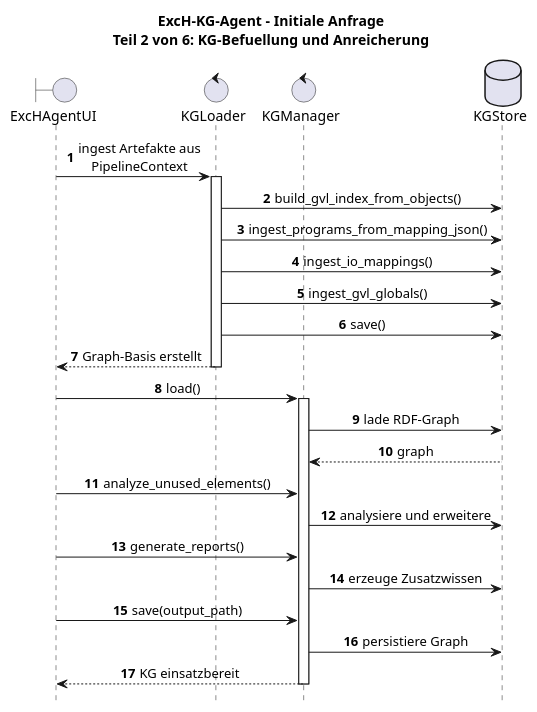
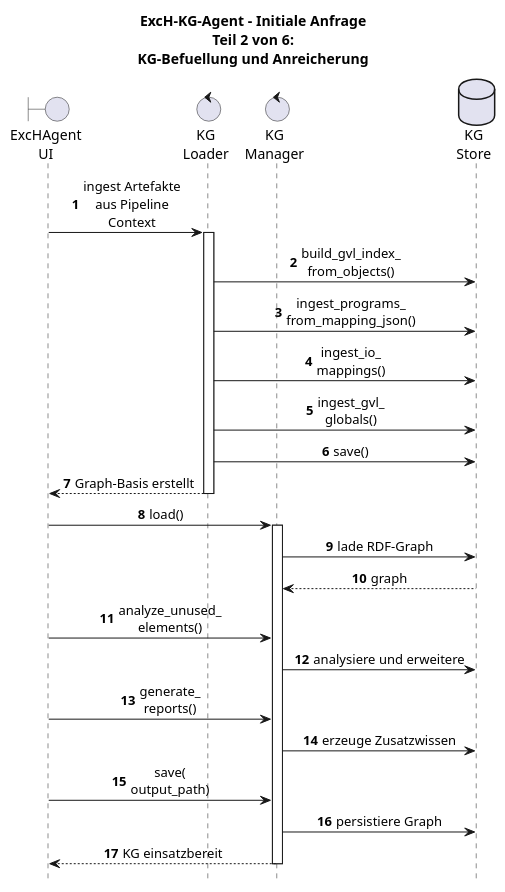
Before and after one commit to verkal1999/Agent_Test: the diagram in UML-Diagrams/ExcH-KG-Agent/Komponenten_ExcH-KG-Agent/06b_seq_kg_store.plantuml, drawn with PlantUML. The commit also changed 38 other files, not shown here.

Commit message:
UML-Diagramme svgs erneuert

```diff
--- a/UML-Diagrams/ExcH-KG-Agent/Komponenten_ExcH-KG-Agent/06b_seq_kg_store.plantuml
+++ b/UML-Diagrams/ExcH-KG-Agent/Komponenten_ExcH-KG-Agent/06b_seq_kg_store.plantuml
@@ -1,42 +1,42 @@
 @startuml
 
 skinparam shadowing false
 skinparam responseMessageBelowArrow true
 skinparam sequenceMessageAlign center
 hide footbox
 autonumber
 
-title ExcH-KG-Agent - Initiale Anfrage\nTeil 2 von 6: KG-Befuellung und Anreicherung
+title ExcH-KG-Agent - Initiale Anfrage\nTeil 2 von 6:\nKG-Befuellung und Anreicherung
 
-boundary "ExcHAgentUI" as UI
-control "KGLoader" as Loader
-control "KGManager" as Manager
-database "KGStore" as Store
+boundary "ExcHAgent\nUI" as UI
+control "KG\nLoader" as Loader
+control "KG\nManager" as Manager
+database "KG\nStore" as Store
 
-UI -> Loader : ingest Artefakte aus\nPipelineContext
+UI -> Loader : ingest Artefakte\naus Pipeline\nContext
 activate Loader
-Loader -> Store : build_gvl_index_from_objects()
-Loader -> Store : ingest_programs_from_mapping_json()
-Loader -> Store : ingest_io_mappings()
-Loader -> Store : ingest_gvl_globals()
+Loader -> Store : build_gvl_index_\nfrom_objects()
+Loader -> Store : ingest_programs_\nfrom_mapping_json()
+Loader -> Store : ingest_io_\nmappings()
+Loader -> Store : ingest_gvl_\nglobals()
 Loader -> Store : save()
 Loader --> UI : Graph-Basis erstellt
 deactivate Loader
 
 UI -> Manager : load()
 activate Manager
 Manager -> Store : lade RDF-Graph
 Store --> Manager : graph
 
-UI -> Manager : analyze_unused_elements()
+UI -> Manager : analyze_unused_\nelements()
 Manager -> Store : analysiere und erweitere
 
-UI -> Manager : generate_reports()
+UI -> Manager : generate_\nreports()
 Manager -> Store : erzeuge Zusatzwissen
 
-UI -> Manager : save(output_path)
+UI -> Manager : save(\noutput_path)
 Manager -> Store : persistiere Graph
 Manager --> UI : KG einsatzbereit
 deactivate Manager
 
 @enduml
```
